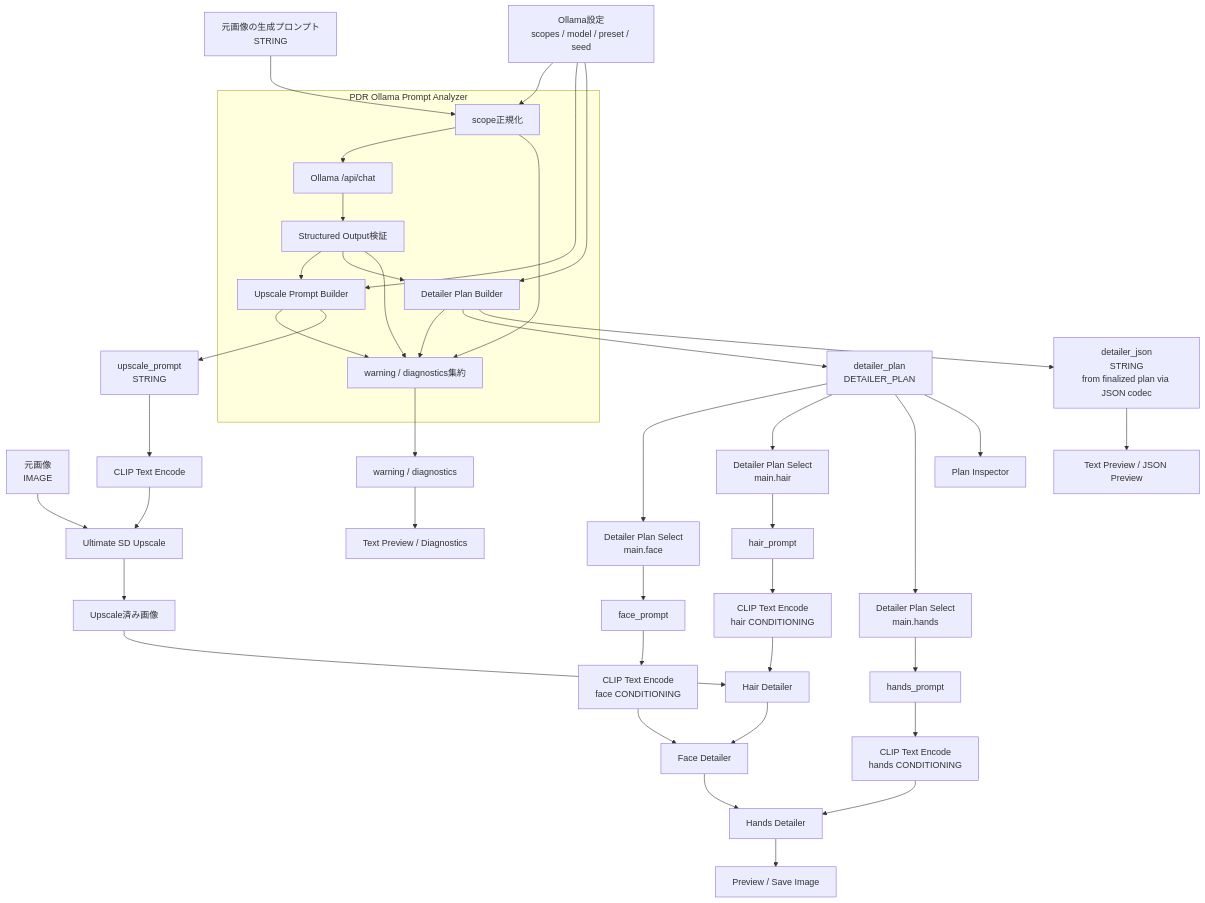
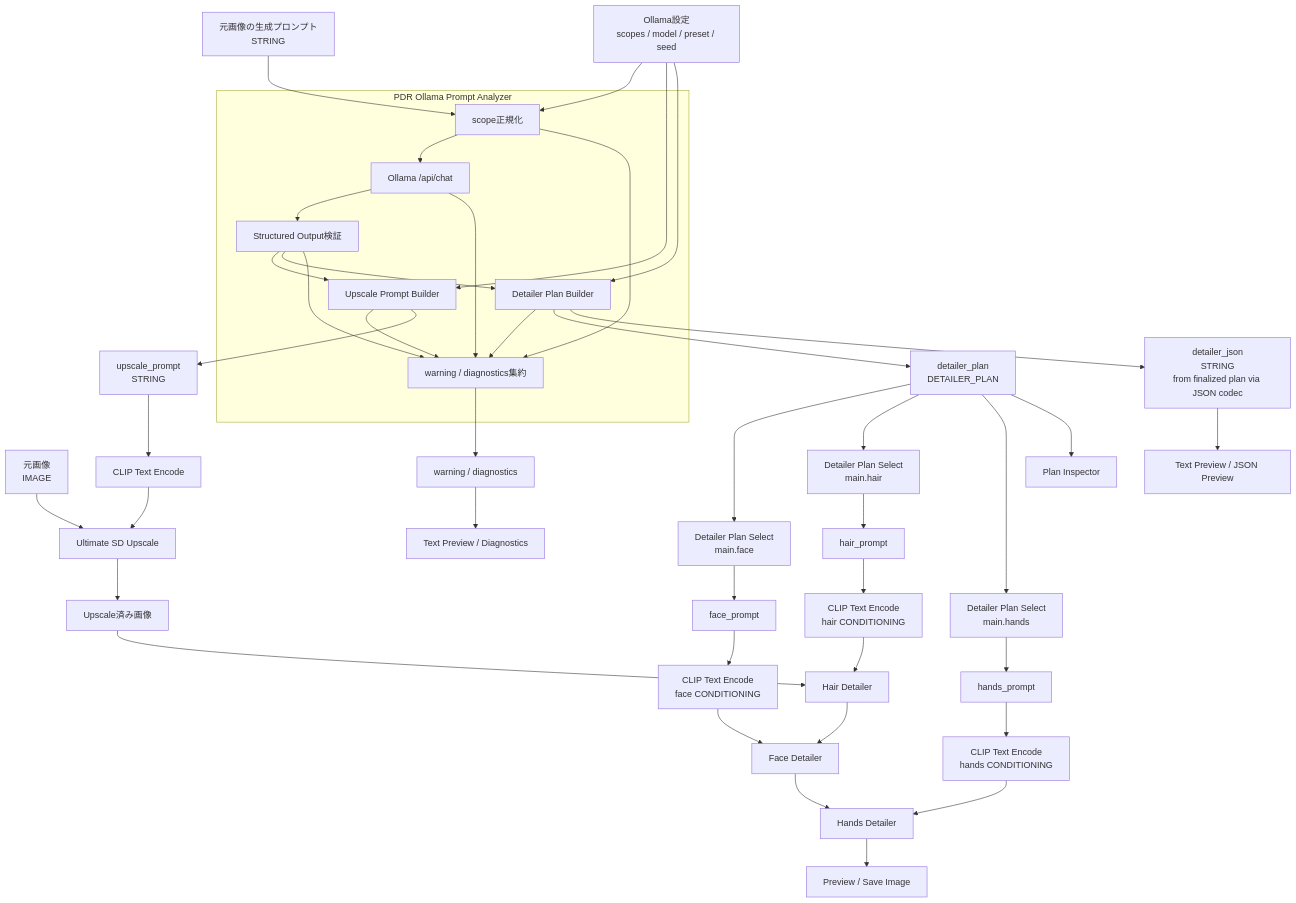
The first of 3 diagrams in docs/requirements/requirements-design-reference.md (beastmaniaxxx/ComfyUI-Prompt-Detailer-Router), drawn with Mermaid before and after one commit. The commit also changed other lines of this file, not shown here.

````diff
--- a/docs/requirements/requirements-design-reference.md
+++ b/docs/requirements/requirements-design-reference.md
@@ -208,63 +210,64 @@
 ```mermaid
 flowchart TD
     P["元画像の生成プロンプト<br/>STRING"]
     IMG["元画像<br/>IMAGE"]
     CFG["Ollama設定<br/>scopes / model / preset / seed"]
 
     subgraph ANALYZER["PDR Ollama Prompt Analyzer"]
         SCOPE["scope正規化"]
         OLLAMA["Ollama /api/chat"]
         VALIDATE["Structured Output検証"]
         UPSCALE_BUILD["Upscale Prompt Builder"]
         PLAN_BUILD["Detailer Plan Builder"]
         WARN_COLLECT["warning / diagnostics集約"]
 
         SCOPE --> OLLAMA
         OLLAMA --> VALIDATE
         VALIDATE --> UPSCALE_BUILD
         VALIDATE --> PLAN_BUILD
         SCOPE --> WARN_COLLECT
+        OLLAMA --> WARN_COLLECT
         VALIDATE --> WARN_COLLECT
         UPSCALE_BUILD --> WARN_COLLECT
         PLAN_BUILD --> WARN_COLLECT
     end
 
     P --> SCOPE
     CFG --> SCOPE
     CFG --> UPSCALE_BUILD
     CFG --> PLAN_BUILD
 
     UPSCALE_BUILD --> UP["upscale_prompt<br/>STRING"]
     PLAN_BUILD --> PLAN["detailer_plan<br/>DETAILER_PLAN"]
     PLAN_BUILD --> JSON["detailer_json<br/>STRING<br/>from finalized plan via JSON codec"]
     WARN_COLLECT --> WARN["warning / diagnostics"]
 
     UP --> UENC["CLIP Text Encode"]
     UENC --> USD["Ultimate SD Upscale"]
     IMG --> USD
     USD --> UIMG["Upscale済み画像"]
 
     PLAN --> SF["Detailer Plan Select<br/>main.face"]
     PLAN --> SH["Detailer Plan Select<br/>main.hair"]
     PLAN --> SA["Detailer Plan Select<br/>main.hands"]
 
     SF --> FP["face_prompt"]
     SH --> HP["hair_prompt"]
     SA --> AP["hands_prompt"]
 
     HP --> HENC["CLIP Text Encode<br/>hair CONDITIONING"]
     FP --> FENC["CLIP Text Encode<br/>face CONDITIONING"]
     AP --> AENC["CLIP Text Encode<br/>hands CONDITIONING"]
 
     UIMG --> HD["Hair Detailer"]
     HENC --> HD
     HD --> FD["Face Detailer"]
     FENC --> FD
     FD --> AD["Hands Detailer"]
     AENC --> AD
     AD --> OUT["Preview / Save Image"]
 
     PLAN --> INSPECT["Plan Inspector"]
     JSON --> JSONVIEW["Text Preview / JSON Preview"]
     WARN --> WARNVIEW["Text Preview / Diagnostics"]
 ```
````
